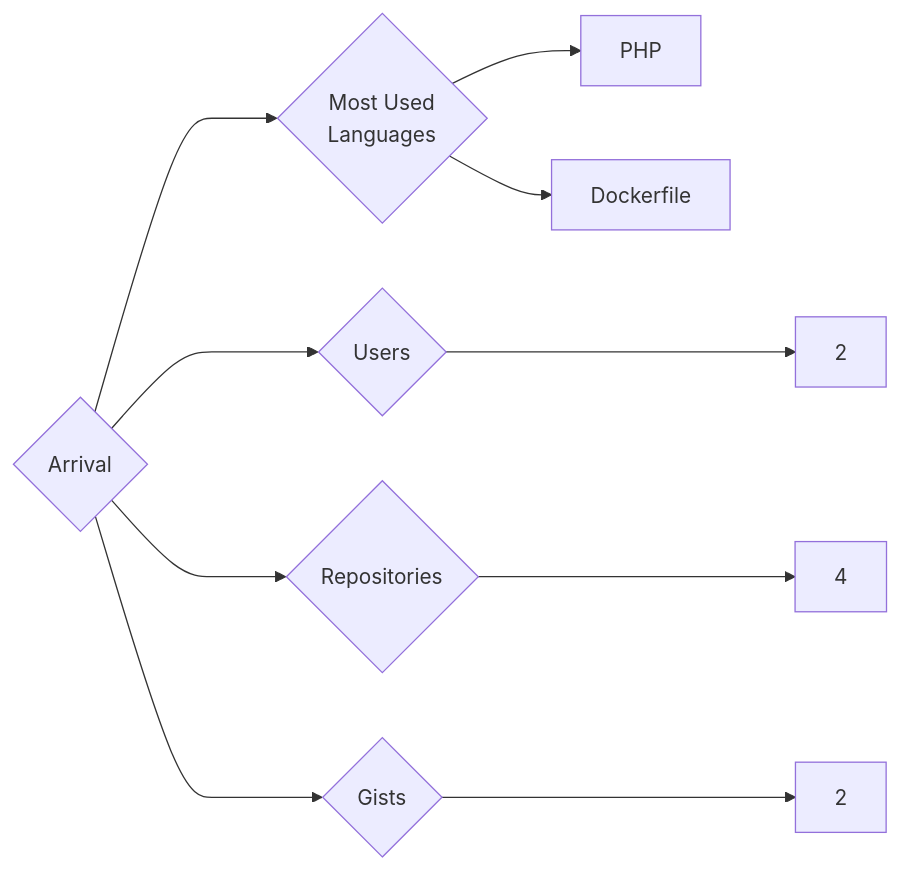
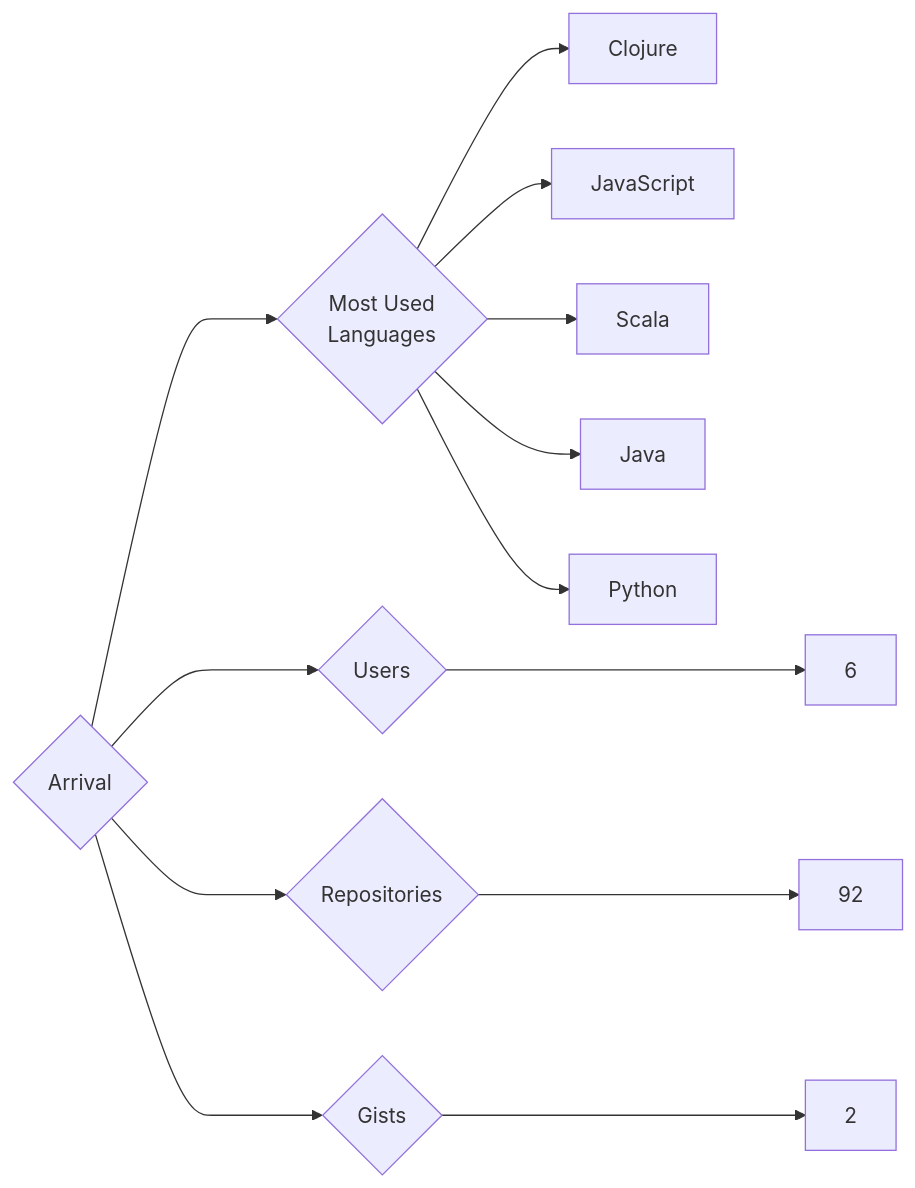
One commit to trickest/insiders changed the diagram in targets/Arrival/README.md. Above: the diagram before and after it, drawn with Mermaid. The commit also changed 725 other files, not shown here.

````diff
--- a/targets/Arrival/README.md
+++ b/targets/Arrival/README.md
@@ -3,10 +3,13 @@
 ```mermaid
 graph LR
 COMPANY_NAME{Arrival}
-COMPANY_NAME ---> U{Users} ---> UN[2]
-COMPANY_NAME ---> R{Repositories} ---> RN[4]
+COMPANY_NAME ---> U{Users} ---> UN[6]
+COMPANY_NAME ---> R{Repositories} ---> RN[92]
 COMPANY_NAME ---> G{Gists} ---> GN[2]
 COMPANY_NAME ---> ML{Most Used<br>Languages}
-ML --> PHP[PHP]
-ML --> Dockerfile[Dockerfile]
+ML --> Clojure[Clojure]
+ML --> JavaScript[JavaScript]
+ML --> Scala[Scala]
+ML --> Java[Java]
+ML --> Python[Python]
 ```
````
